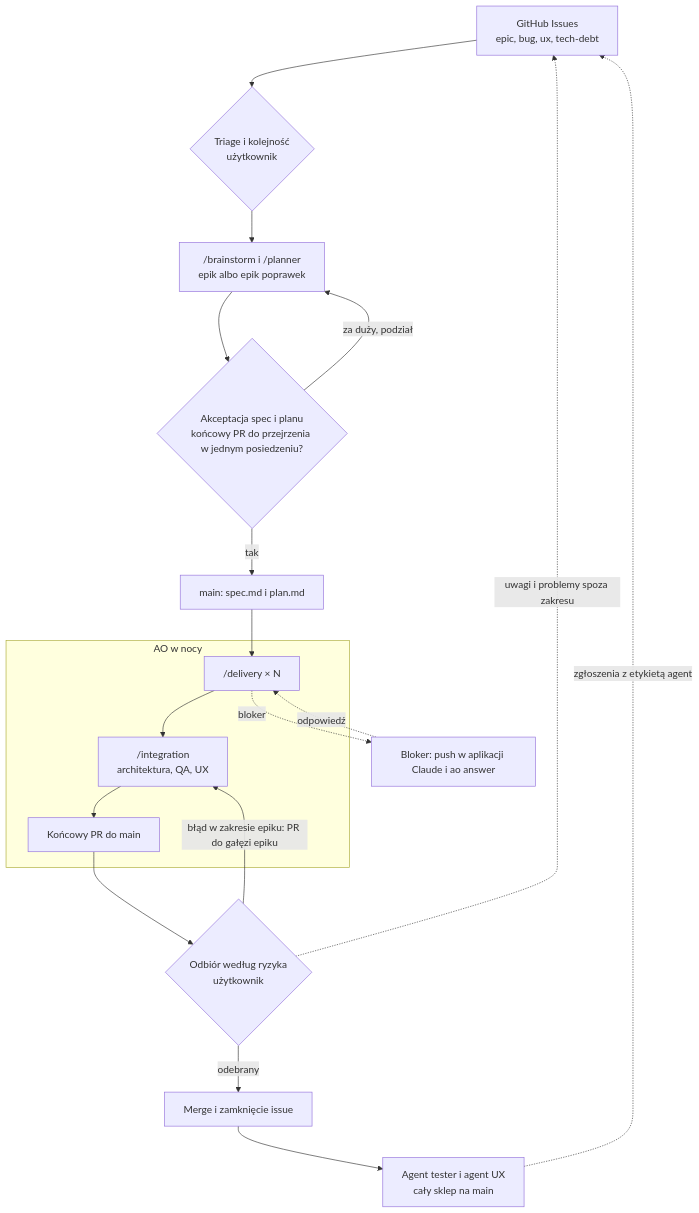
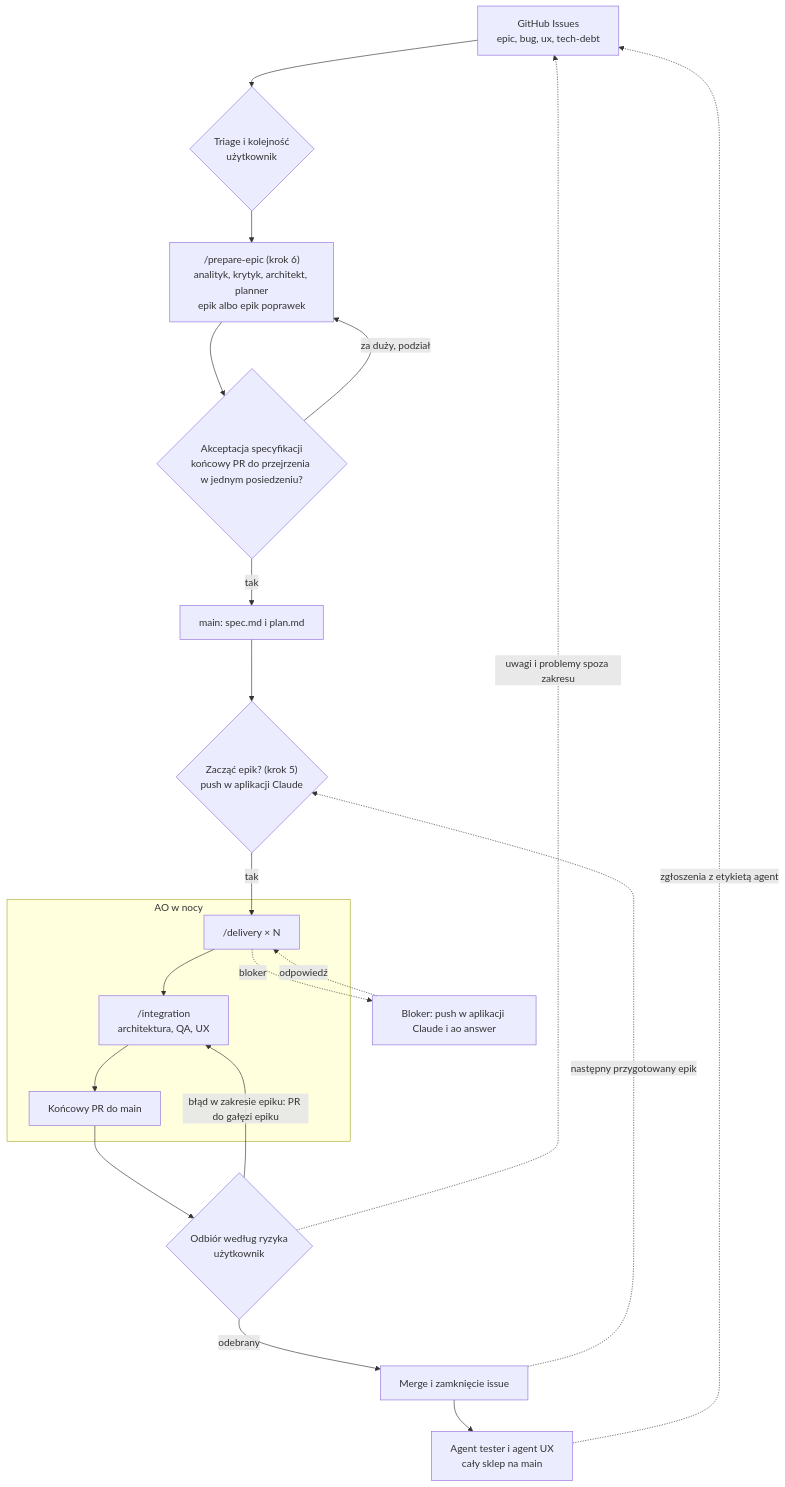
Before and after one commit to piotrp321/shop: the diagram in docs/features/agentic-software-house/plan.md, drawn with Mermaid. The commit also changed other lines of this file, not shown here.

First line of the commit message:
docs(software-house): add /prepare-epic step and epic queue to the plan

````diff
--- a/docs/features/agentic-software-house/plan.md
+++ b/docs/features/agentic-software-house/plan.md
@@ -52,25 +56,28 @@
 ```mermaid
 flowchart TB
     issues[GitHub Issues<br/>epic, bug, ux, tech-debt]
     triage{Triage i kolejność<br/>użytkownik}
-    prep["/brainstorm i /planner<br/>epik albo epik poprawek"]
-    accept{"Akceptacja spec i planu<br/>końcowy PR do przejrzenia w jednym posiedzeniu?"}
+    prep["/prepare-epic (krok 6)<br/>analityk, krytyk, architekt, planner<br/>epik albo epik poprawek"]
+    accept{"Akceptacja specyfikacji<br/>końcowy PR do przejrzenia w jednym posiedzeniu?"}
     onmain[main: spec.md i plan.md]
+    start{"Zacząć epik? (krok 5)<br/>push w aplikacji Claude"}
     subgraph night[AO w nocy]
         delivery["/delivery × N"] --> integration["/integration<br/>architektura, QA, UX"] --> finalpr[Końcowy PR do main]
     end
     blocker[Bloker: push w aplikacji Claude i ao answer]
     review{Odbiór według ryzyka<br/>użytkownik}
     merge[Merge i zamknięcie issue]
     sweep[Agent tester i agent UX<br/>cały sklep na main]
 
     issues --> triage --> prep --> accept
     accept -- za duży, podział --> prep
-    accept -- tak --> onmain --> delivery
+    accept -- tak --> onmain --> start
+    start -- tak --> delivery
     delivery -. bloker .-> blocker -. odpowiedź .-> delivery
     finalpr --> review
     review -- błąd w zakresie epiku: PR do gałęzi epiku --> integration
     review -- odebrany --> merge --> sweep
+    merge -. następny przygotowany epik .-> start
     review -. uwagi i problemy spoza zakresu .-> issues
     sweep -. zgłoszenia z etykietą agent .-> issues
 ```
````
